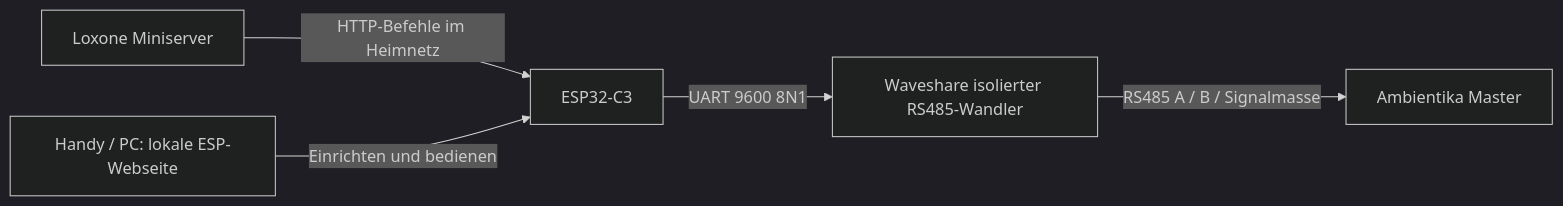
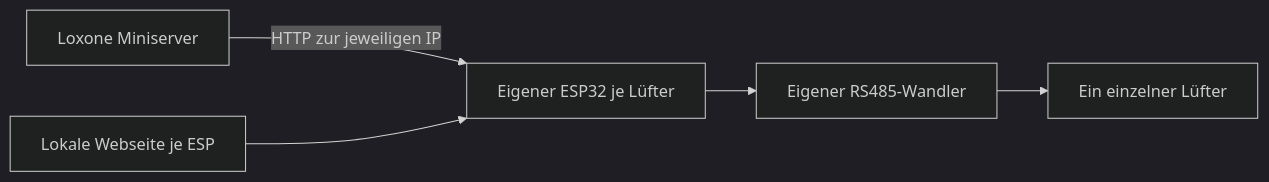
The diagram in docs/LOXONE.md (Philipp0493/ESP32-C3-Super-Mini-L-ftungssteuerung), drawn with Mermaid (dark theme) before and after one commit. The commit also changed other lines of this file and 6 other files, not shown here.

````diff
--- a/docs/LOXONE.md
+++ b/docs/LOXONE.md
@@ -5,7 +5,6 @@
 ```mermaid
 flowchart LR
-    L[Loxone Miniserver] -->|HTTP-Befehle im Heimnetz| E[ESP32-C3]
-    P[Handy / PC: lokale ESP-Webseite] -->|Einrichten und bedienen| E
-    E -->|UART 9600 8N1| W[Waveshare isolierter RS485-Wandler]
-    W -->|RS485 A / B / Signalmasse| A[Ambientika Master]
+    L[Loxone Miniserver] -->|HTTP zur jeweiligen IP| E[Eigener ESP32 je Lüfter]
+    P[Lokale Webseite je ESP] --> E
+    E --> W[Eigener RS485-Wandler] --> A[Ein einzelner Lüfter]
 ```
````
